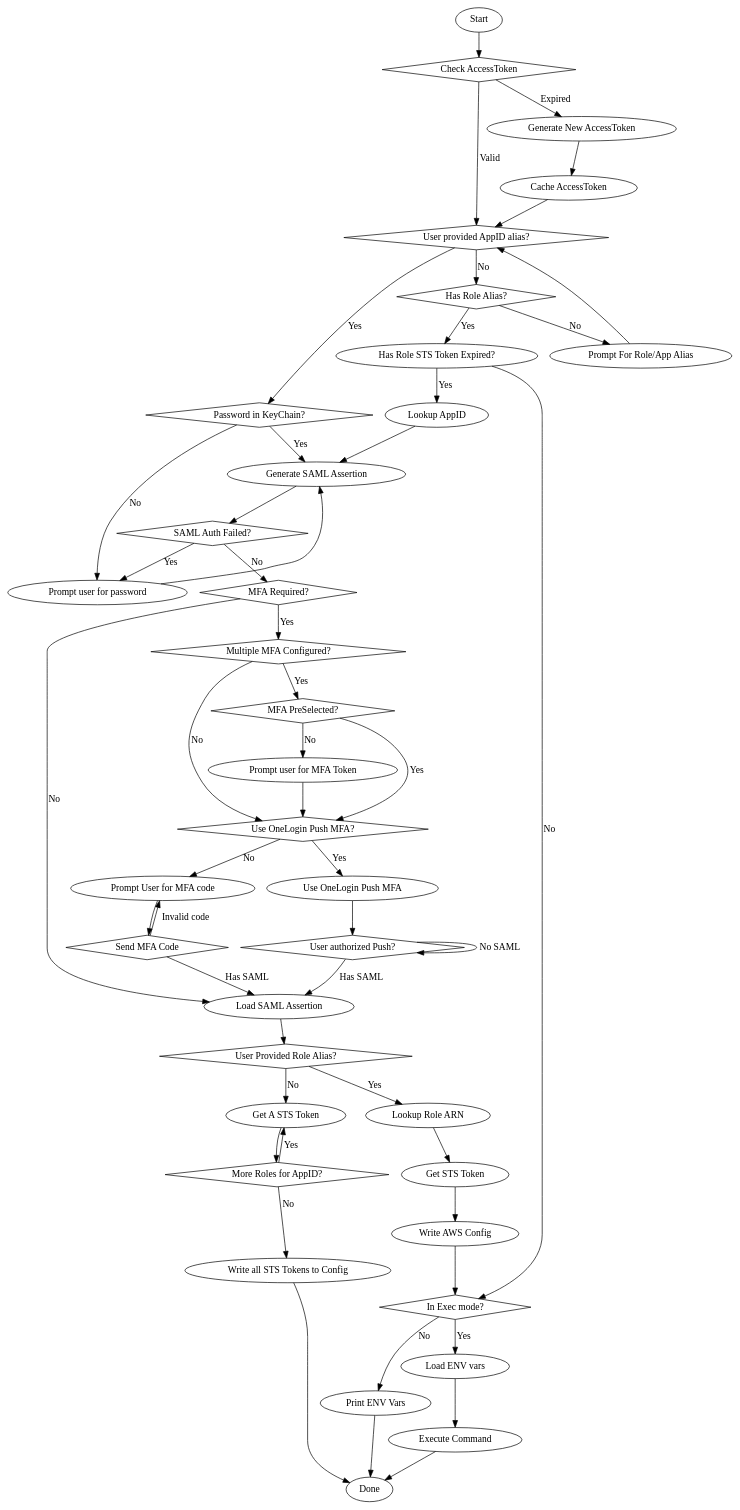
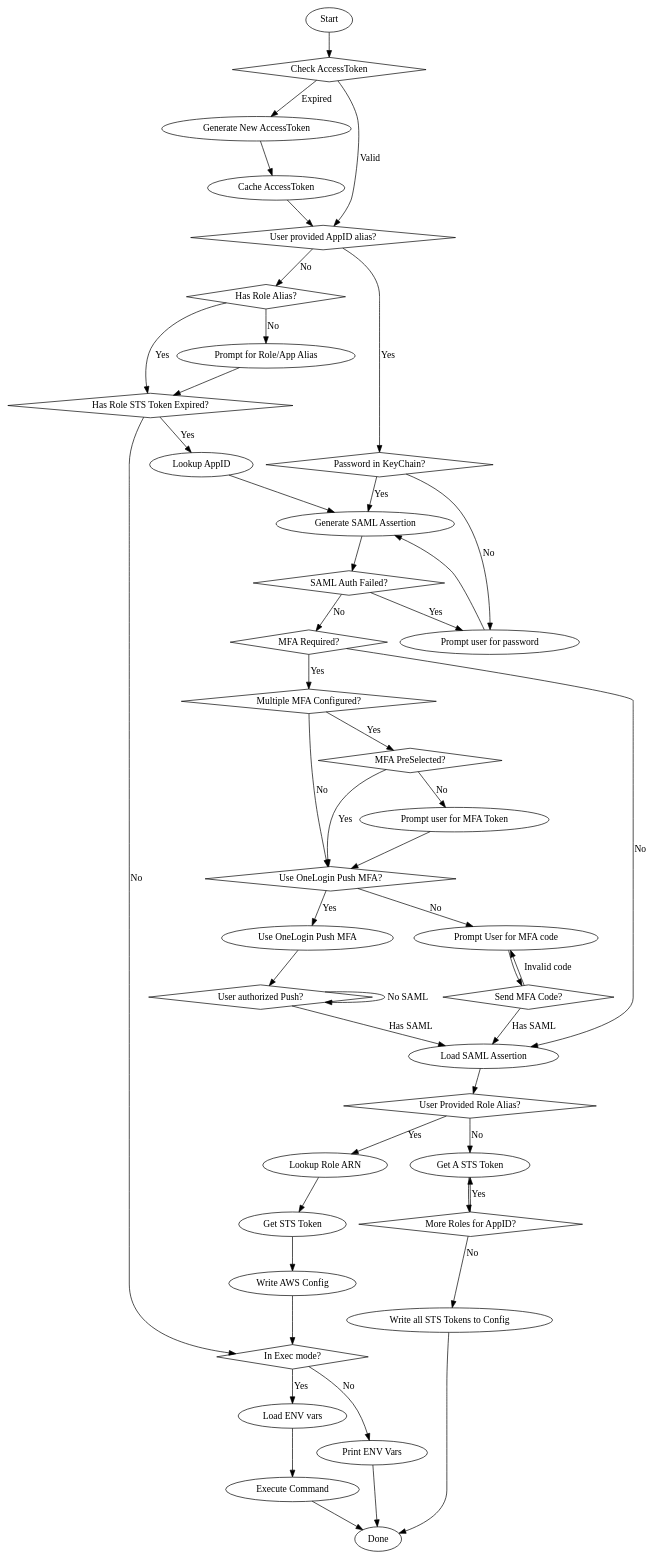
One commit to synfinatic/onelogin-aws-role changed the diagram in workflow.dot. Above: the diagram before and after it, drawn with Graphviz. The commit also changed 13 other files, not shown here.

```diff
--- a/workflow.dot
+++ b/workflow.dot
@@ -1,104 +1,104 @@
 digraph g {
     Start -> AT_Check 
     AT_Check [label="Check AccessToken" shape=diamond]
     AT_Check -> OAuth2 [label="Expired"]
     OAuth2 [label="Generate New AccessToken"]
     AT_Check -> Have_AppAlias [label="Valid"]
     OAuth2 -> CacheOAuth2
     CacheOAuth2 [label="Cache AccessToken"]
     CacheOAuth2 -> Have_AppAlias 
     Have_AppAlias [label="User provided AppID alias?" shape=diamond]
     Have_AppAlias -> Have_RoleAlias [label="No"]
     Have_AppAlias -> Has_Pass [label="Yes"]
     Has_Pass [label="Password in KeyChain?" shape=diamond]
     Has_Pass -> SAML_Assert [label="Yes"]
     Has_Pass -> Prompt_Pass [label="No"]
     Prompt_Pass -> SAML_Assert
     Prompt_Pass [label="Prompt user for password"]
 
     SAML_Assert -> SAML_Auth_Failed
     SAML_Assert [label="Generate SAML Assertion"]
     SAML_Auth_Failed [label="SAML Auth Failed?" shape=diamond]
     SAML_Auth_Failed -> Prompt_Pass [label="Yes"]
     SAML_Auth_Failed -> MFA_Required [label="No"]
 
     MFA_Required [label="MFA Required?" shape=diamond]
     MFA_Required -> Multiple_MFA [label="Yes"]
     MFA_Required -> GET_SAML_Assertion [label="No"]
 
     Multiple_MFA [label="Multiple MFA Configured?" shape=diamond]
     Multiple_MFA -> MFA_Push [label="No"]
     Multiple_MFA -> MFA_Preselect [label="Yes"]
 
     MFA_Preselect [label="MFA PreSelected?" shape=diamond]
     MFA_Preselect -> MFA_Push [label="Yes"]
     MFA_Preselect -> Choose_MFA [label="No"]
 
     MFA_Push [label="Use OneLogin Push MFA?" shape=diamond]
     MFA_Push -> Push_MFA [label="Yes"]
     MFA_Push -> Prompt_MFA [label="No"]
 
     Choose_MFA [label="Prompt user for MFA Token"]
     Choose_MFA -> MFA_Push
 
     Prompt_MFA -> Send_MFA
     Prompt_MFA [label="Prompt User for MFA code"]
 
     Send_MFA -> GET_SAML_Assertion [label="Has SAML"]
-    Send_MFA [label="Send MFA Code" shape=diamond]
+    Send_MFA [label="Send MFA Code?" shape=diamond]
     Send_MFA -> Prompt_MFA [label="Invalid code"]
 
     Push_MFA -> Poll_MFA
     Push_MFA [label="Use OneLogin Push MFA"]
 
     Poll_MFA -> Poll_MFA [label="No SAML"]
     Poll_MFA -> GET_SAML_Assertion [label="Has SAML"]
     Poll_MFA [label="User authorized Push?" shape=diamond]
 
     Have_RoleAlias [label="Has Role Alias?" shape=diamond]
     Have_RoleAlias -> Role_Expired [label="Yes"]
-    Role_Expired [label="Has Role STS Token Expired?"]
+    Role_Expired [label="Has Role STS Token Expired?" shape=diamond]
     Role_Expired -> Check_EXEC [label="No"]
     Role_Expired -> Lookup_AppId [label="Yes"]
 
     Lookup_AppId [label="Lookup AppID"]
     Lookup_AppId -> SAML_Assert
     Have_RoleAlias -> Prompt [label="No"]
-    Prompt [label="Prompt For Role/App Alias"]
-    Prompt -> Have_AppAlias
+    Prompt [label="Prompt for Role/App Alias"]
+    Prompt -> Role_Expired
 
     GET_SAML_Assertion [label="Load SAML Assertion"]
     GET_SAML_Assertion -> One_Role
     One_Role [label="User Provided Role Alias?" shape=diamond]
     One_Role -> Lookup_RoleARN [label="Yes"]
     Lookup_RoleARN [label="Lookup Role ARN"]
     Lookup_RoleARN -> Get_STSToken
     Get_STSToken [label="Get STS Token"]
     Get_STSToken -> Write_One_CFG
 
     One_Role -> Get_One_STSSToken [label="No"]
     Get_One_STSSToken [label="Get A STS Token"]
     Get_One_STSSToken -> More_STS
     More_STS [label="More Roles for AppID?" shape=diamond]
     More_STS -> Get_One_STSSToken [label="Yes"]
     More_STS -> Write_All_Cfgs [label="No"]
     Write_All_Cfgs [label="Write all STS Tokens to Config"]
     Write_All_Cfgs -> End
     
 
     Write_One_CFG [label="Write AWS Config"]
     Write_One_CFG -> Check_EXEC
 
     Check_EXEC [label="In Exec mode?" shape=diamond]
     Check_EXEC -> Load_ENV [label="Yes"]
     Load_ENV [label="Load ENV vars"]
     Load_ENV -> Exec 
     Exec [label="Execute Command"]
     Exec -> End
     
     Check_EXEC -> Print_Env [label="No"]
     Print_Env [label="Print ENV Vars"]
     Print_Env -> End
 
     End [label="Done"]
 }
```
